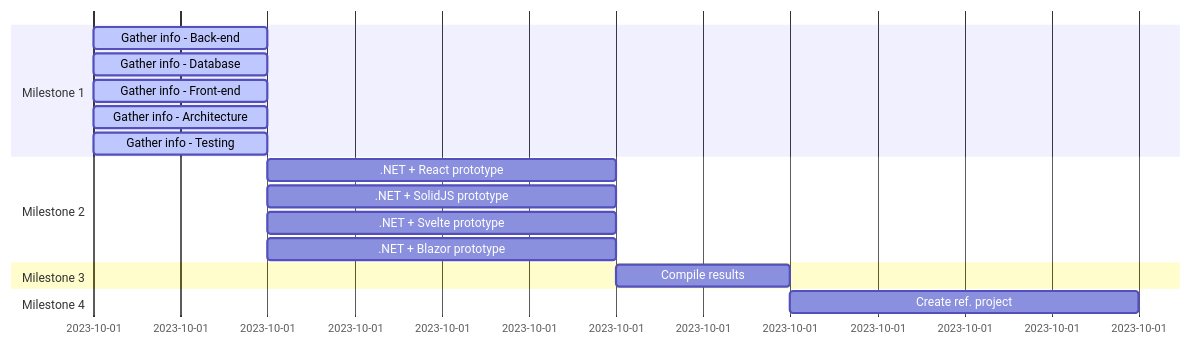
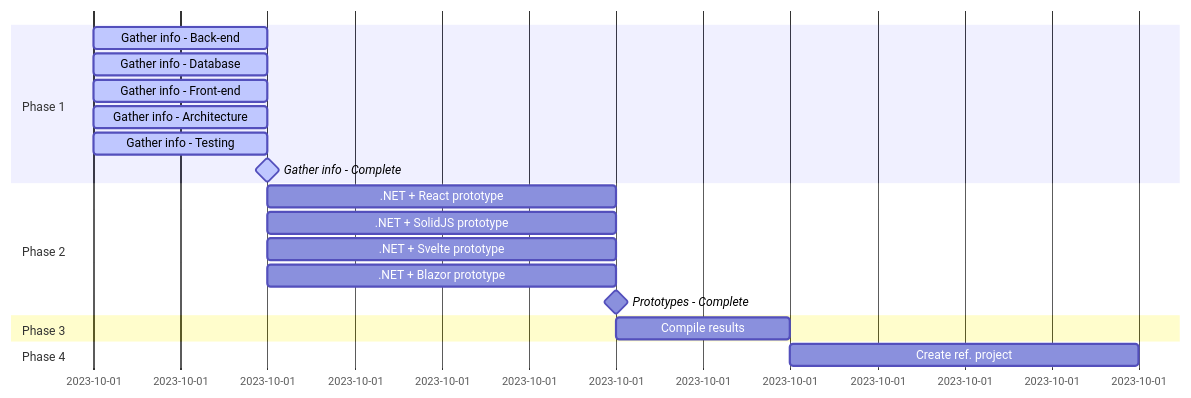
Before and after one commit to OscarBennich/ideas-about-dotnet-ref-arch: the diagram in README.md, drawn with Mermaid.

````diff
--- a/README.md
+++ b/README.md
@@ -5,19 +5,21 @@
 ```mermaid
 gantt
     dateFormat YYYY-MM-DD
-    section Milestone 1
+    section Phase 1
         Gather info - Back-end: active, info1, 2023-10-01, 1m
         Gather info - Database: active, info2, 2023-10-01, 1m
         Gather info - Front-end: active, info3, 2023-10-01, 1m
         Gather info - Architecture: active, info4, 2023-10-01, 1m
         Gather info - Testing: active, info5, 2023-10-01, 1m
-    section Milestone 2
-        .NET + React prototype: prot1, after info3, 2m
-        .NET + SolidJS prototype: prot2, after info3, 2m
-        .NET + Svelte prototype: prot3, after info3, 2m
-        .NET + Blazor prototype: prot4, after info3, 2m
-    section Milestone 3
-        Compile results: comp1, after prot1, 1m
-    section Milestone 4
+        Gather info - Complete: milestone, active, milestone1, after info1 info2 info3 info4 info5, 0d
+    section Phase 2
+        .NET + React prototype: prot1, after milestone1, 2m
+        .NET + SolidJS prototype: prot2, after milestone1, 2m
+        .NET + Svelte prototype: prot3, after milestone1, 2m
+        .NET + Blazor prototype: prot4, after milestone1, 2m
+        Prototypes - Complete: milestone, milestone2, after prot1 prot2 prot3 prot4, 0d
+    section Phase 3
+        Compile results: comp1, after milestone2, 1m
+    section Phase 4
         Create ref. project: after comp1, 2m
 ```
````
